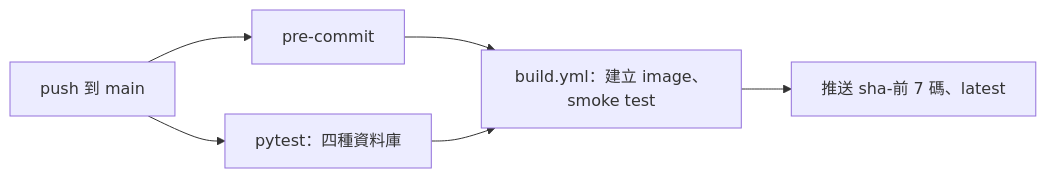
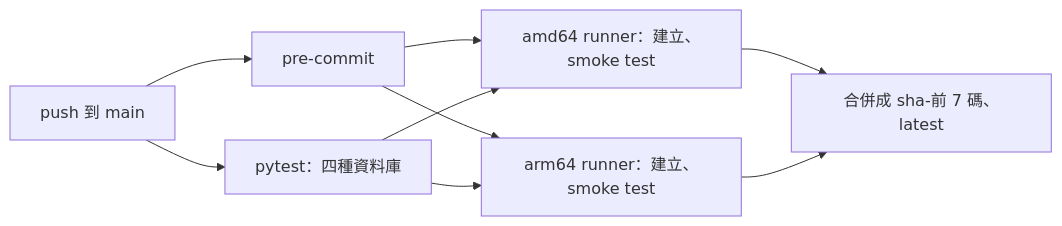
The third of 3 diagrams in docs/tickets.md (taiwanfrp/discord-bot), drawn with Mermaid before and after one commit. The commit also changed other lines of this file and 3 other files, not shown here.

Commit message:
ci: build arm64 images on arm runners and merge them with amd64 under one tag

````diff
--- a/docs/tickets.md
+++ b/docs/tickets.md
@@ -440,6 +440,6 @@
 ```mermaid
 flowchart LR
     push[push 到 main] --> lint[pre-commit] & test[pytest：四種資料庫]
-    lint & test --> build[build.yml：建立 image、smoke test]
-    build --> ghcr[推送 sha-前 7 碼、latest]
+    lint & test --> amd64[amd64 runner：建立、smoke test] & arm64[arm64 runner：建立、smoke test]
+    amd64 & arm64 --> ghcr[合併成 sha-前 7 碼、latest]
 ```
````
